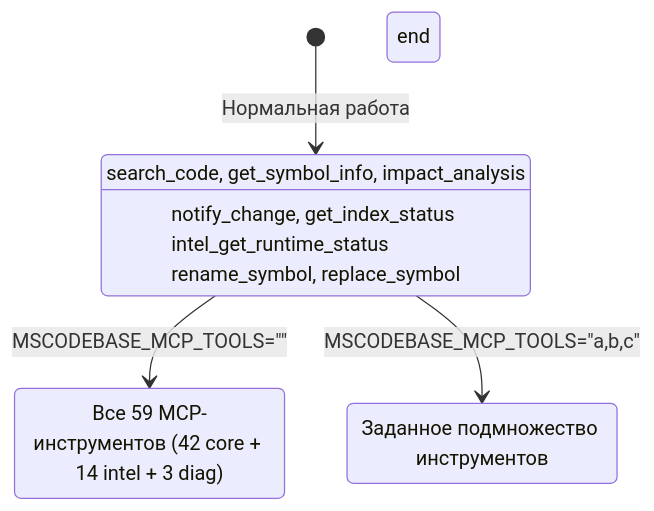
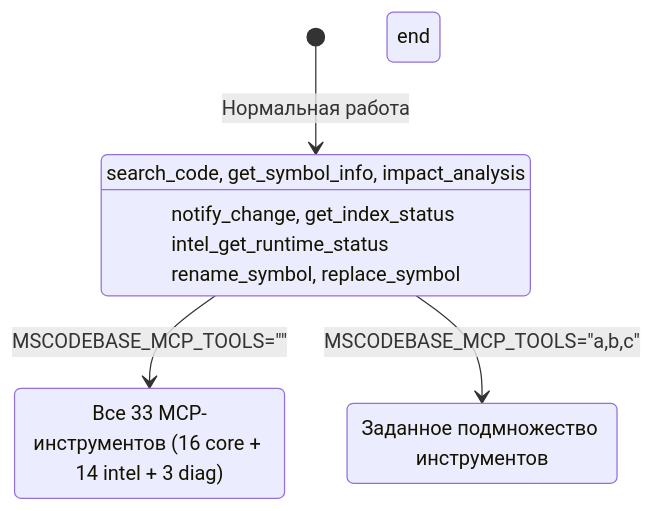
The third of 4 diagrams in docs/ru/GRACEFUL_DEGRADATION.md (ManSio/mscodebase-intelligence), drawn with Mermaid before and after one commit. The commit also changed 7 other files, not shown here.

First line of the commit message:
docs: fix arithmetic in tool count references (16 core + 14 intel + 3 diag = 33)

````diff
--- a/docs/ru/GRACEFUL_DEGRADATION.md
+++ b/docs/ru/GRACEFUL_DEGRADATION.md
@@ -82,22 +82,22 @@
 ```mermaid
 stateDiagram-v2
     [*] --> DEFAULT_TOOLS: Нормальная работа
 
     state DEFAULT_TOOLS[Видимо: 12 инструментов]
         DEFAULT_TOOLS: search_code, get_symbol_info, impact_analysis
         DEFAULT_TOOLS: notify_change, get_index_status
         DEFAULT_TOOLS: intel_get_runtime_status
         DEFAULT_TOOLS: rename_symbol, replace_symbol
     end
 
     DEFAULT_TOOLS --> ALL_TOOLS: MSCODEBASE_MCP_TOOLS=""
     DEFAULT_TOOLS --> CUSTOM_TOOLS: MSCODEBASE_MCP_TOOLS="a,b,c"
 
     state ALL_TOOLS[Видимо: 33 инструментов]
-        ALL_TOOLS: Все 59 MCP-инструментов (42 core + 14 intel + 3 diag)
+        ALL_TOOLS: Все 33 MCP-инструментов (16 core + 14 intel + 3 diag)
     end
 
     state CUSTOM_TOOLS[Пользовательский выбор]
         CUSTOM_TOOLS: Заданное подмножество инструментов
     end
 ```
````
